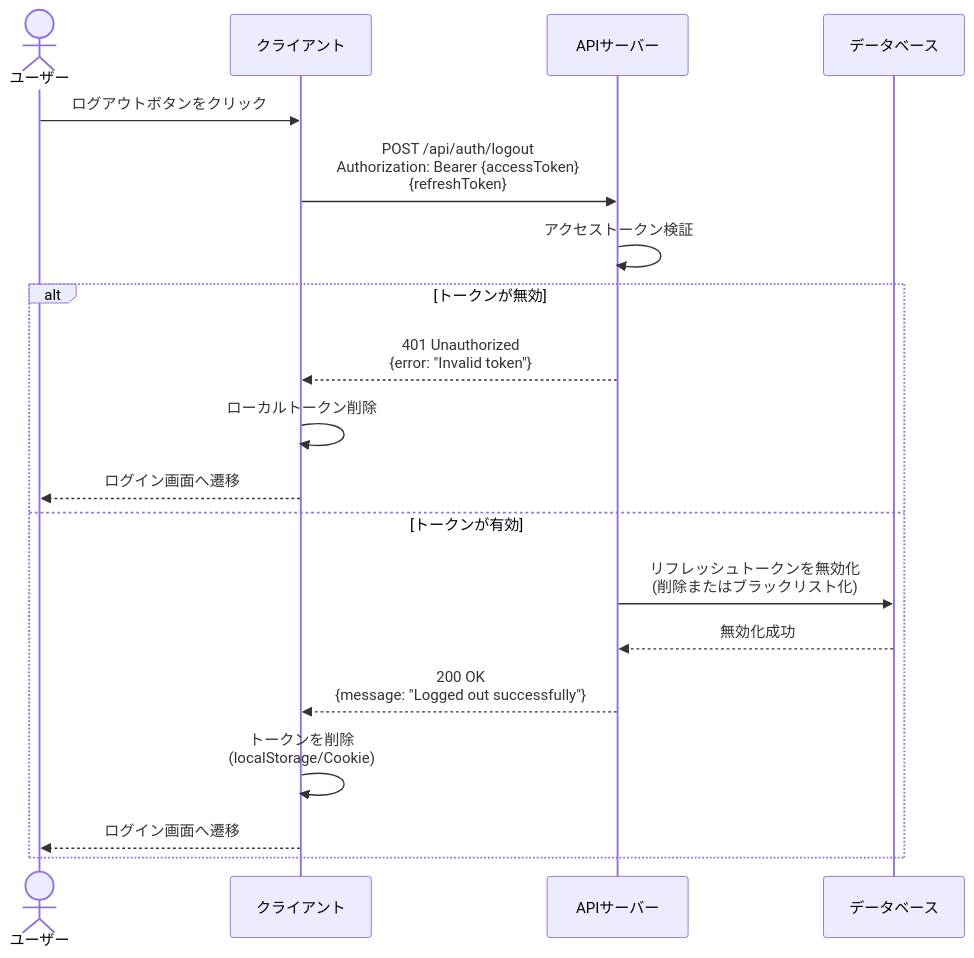
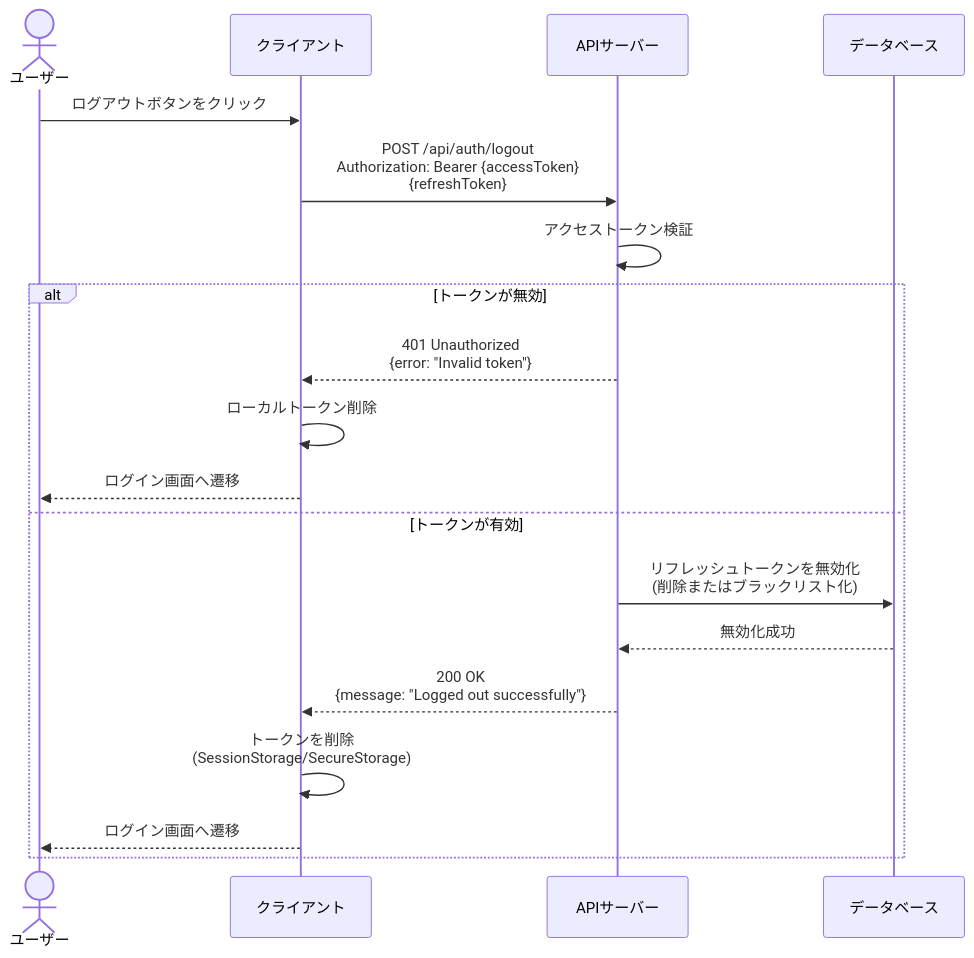
The third of 4 diagrams in docs/認証フロー.md (dskhys0222/dskhys), drawn with Mermaid before and after one commit. The commit also changed other lines of this file, not shown here.

Commit message:
Update auth flows: use token rotation and SessionStorage

````diff
--- a/docs/認証フロー.md
+++ b/docs/認証フロー.md
@@ -92,24 +92,24 @@
 ```mermaid
 sequenceDiagram
     actor User as ユーザー
     participant Client as クライアント
     participant API as APIサーバー
     participant DB as データベース
 
     User->>Client: ログアウトボタンをクリック
     Client->>API: POST /api/auth/logout<br/>Authorization: Bearer {accessToken}<br/>{refreshToken}
     
     API->>API: アクセストークン検証
     
     alt トークンが無効
         API-->>Client: 401 Unauthorized<br/>{error: "Invalid token"}
         Client->>Client: ローカルトークン削除
         Client-->>User: ログイン画面へ遷移
     else トークンが有効
         API->>DB: リフレッシュトークンを無効化<br/>(削除またはブラックリスト化)
         DB-->>API: 無効化成功
         API-->>Client: 200 OK<br/>{message: "Logged out successfully"}
-        Client->>Client: トークンを削除<br/>(localStorage/Cookie)
+        Client->>Client: トークンを削除<br/>(SessionStorage/SecureStorage)
         Client-->>User: ログイン画面へ遷移
     end
 ```
````
